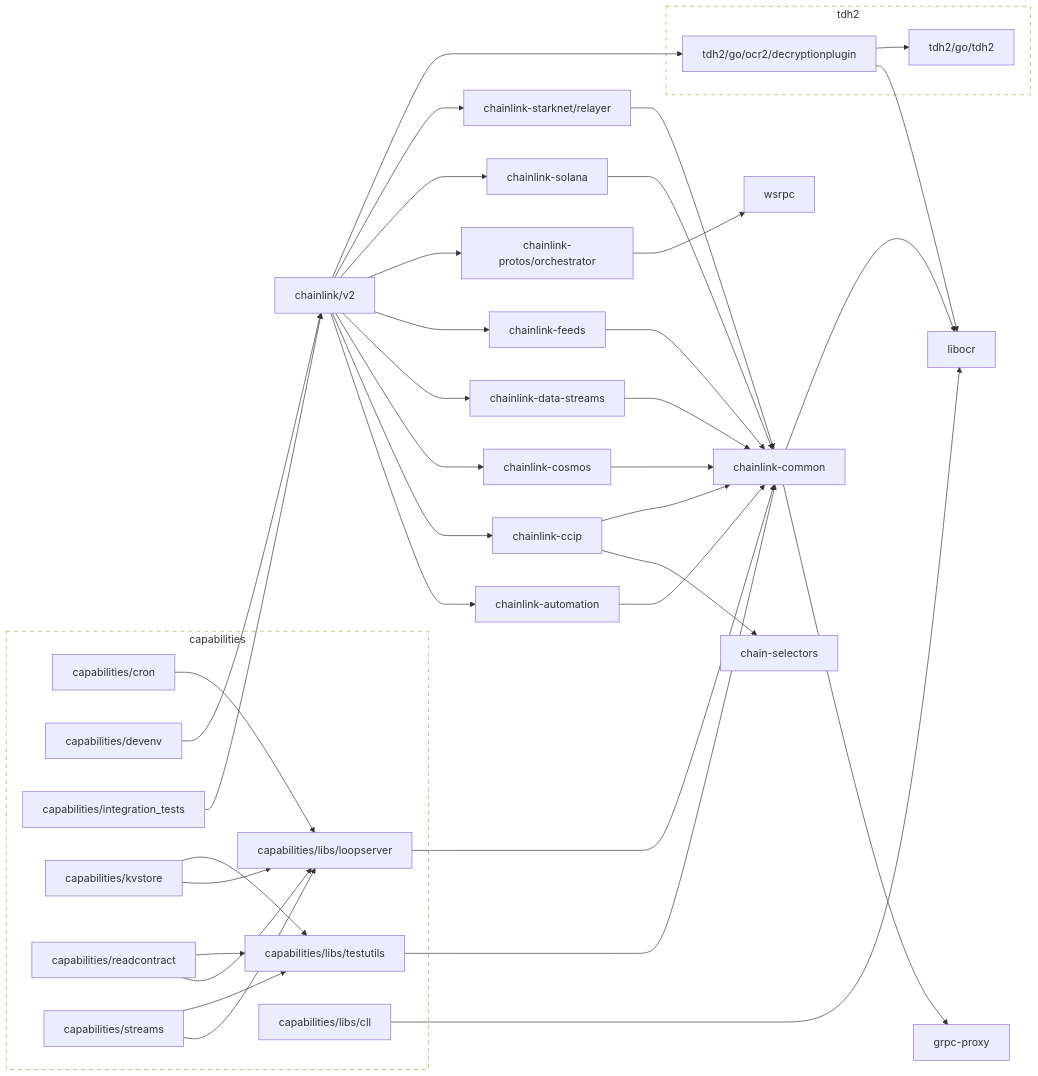
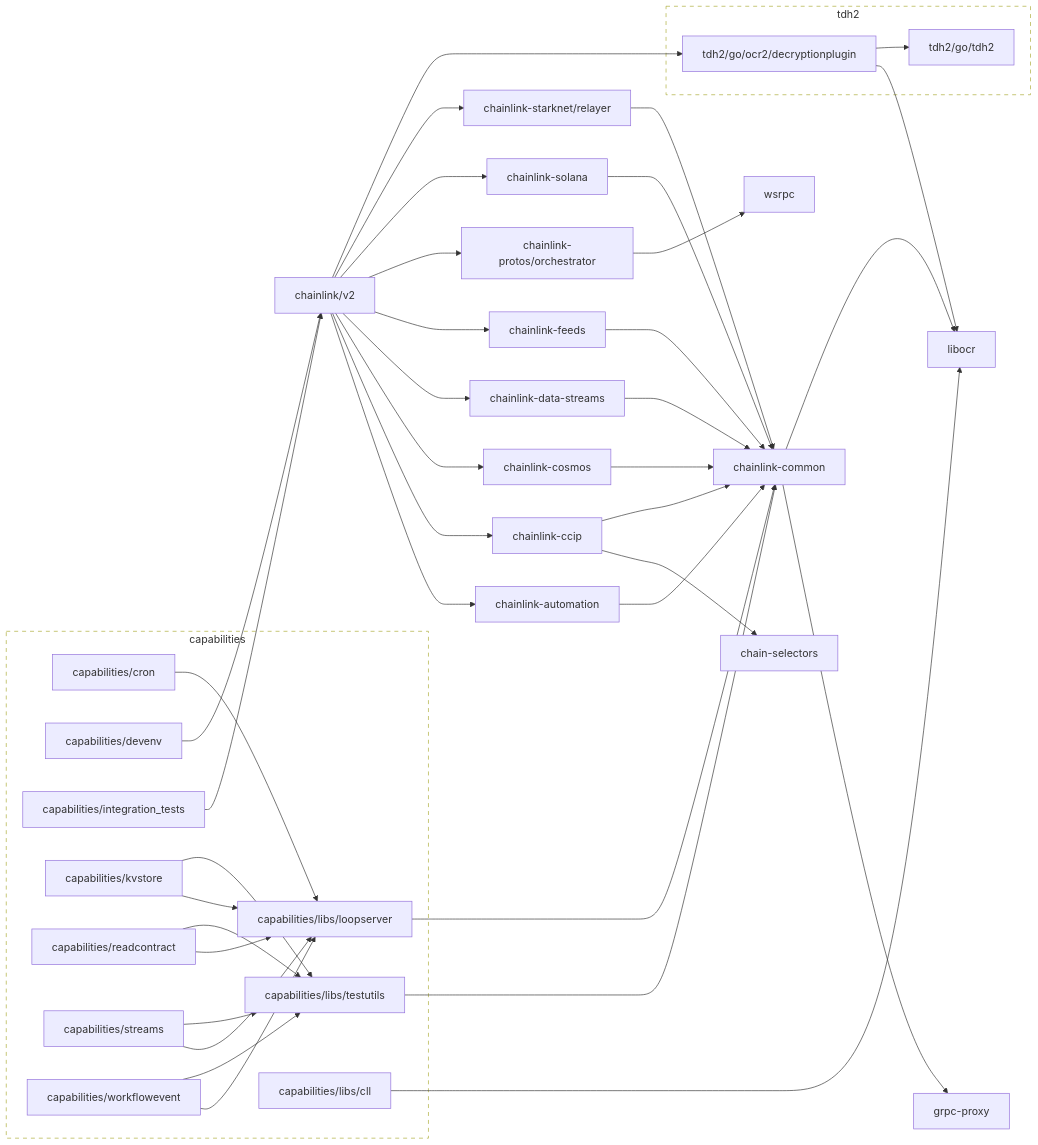
Before and after one commit to smartcontractkit/capabilities: the diagram in go.md, drawn with Mermaid. The commit also changed 4 other files, not shown here.

```diff
--- a/go.md
+++ b/go.md
@@ -23,6 +23,9 @@
 	capabilities/streams --> capabilities/libs/loopserver
 	capabilities/streams --> capabilities/libs/testutils
 	click capabilities/streams href "https://github.com/smartcontractkit/capabilities"
+	capabilities/workflowevent --> capabilities/libs/loopserver
+	capabilities/workflowevent --> capabilities/libs/testutils
+	click capabilities/workflowevent href "https://github.com/smartcontractkit/capabilities"
 	chain-selectors
 	click chain-selectors href "https://github.com/smartcontractkit/chain-selectors"
 	chainlink-automation --> chainlink-common
@@ -77,6 +80,7 @@
 		 capabilities/libs/testutils
 		 capabilities/readcontract
 		 capabilities/streams
+		 capabilities/workflowevent
 	end
 	click capabilities-repo href "https://github.com/smartcontractkit/capabilities"
 
```
